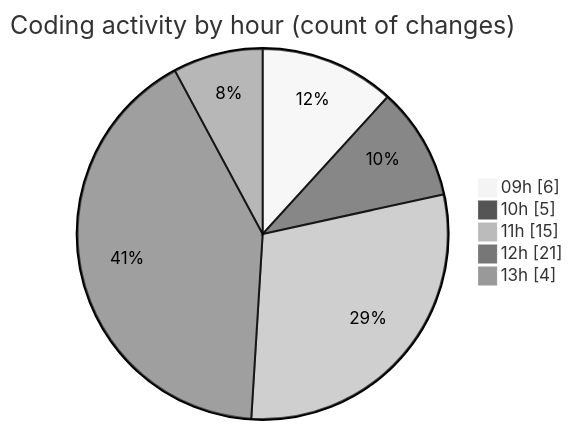
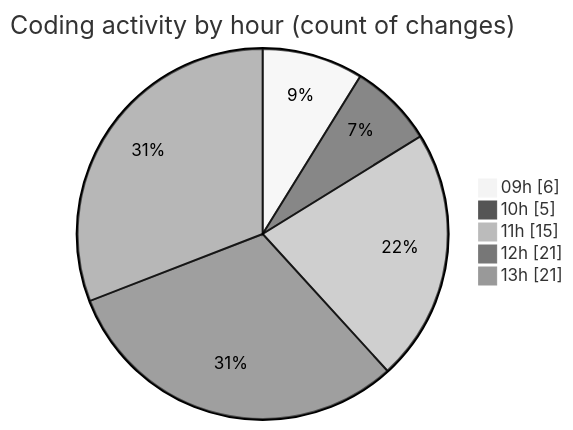
Before and after one commit to momahboobian/code-tracking: the second of 2 diagrams in 2025-10-02/cda/README.md, drawn with Mermaid (neutral theme). The commit also changed other lines of this file and 1 other file, not shown here.

````diff
--- a/2025-10-02/cda/README.md
+++ b/2025-10-02/cda/README.md
@@ -32,9 +40,9 @@
 ```mermaid
 pie showData
 title Coding activity by hour (count of changes)
 "09h" : 6
 "10h" : 5
 "11h" : 15
 "12h" : 21
-"13h" : 4
+"13h" : 21
 ```
````
